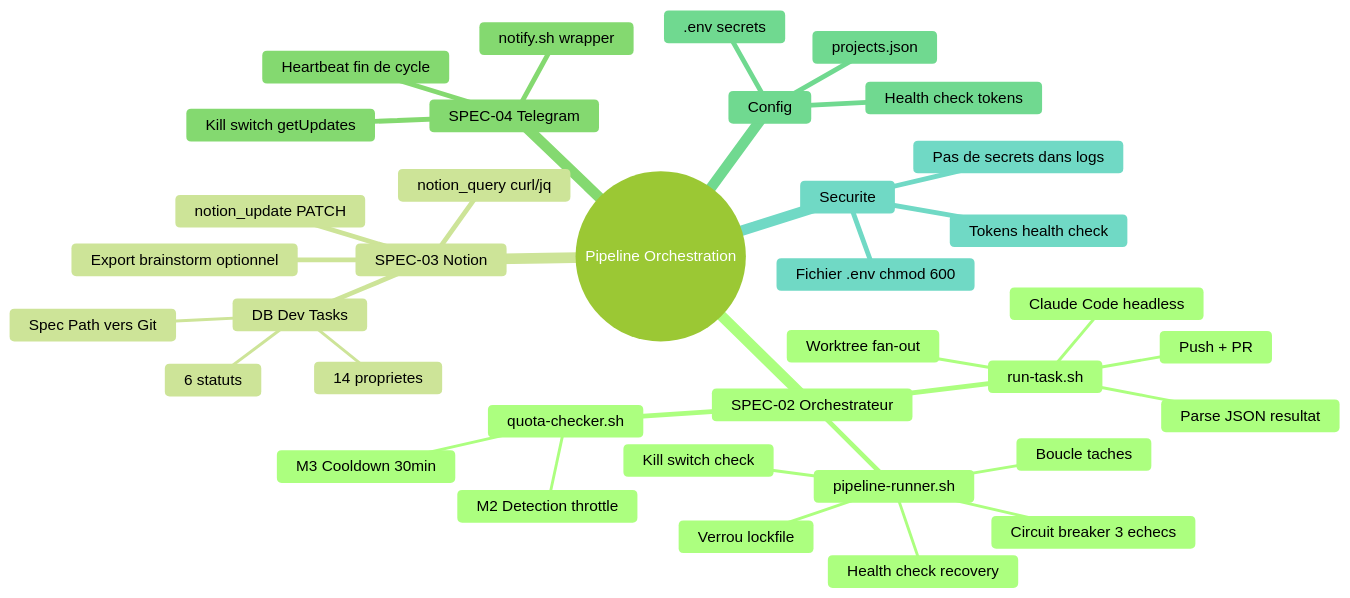
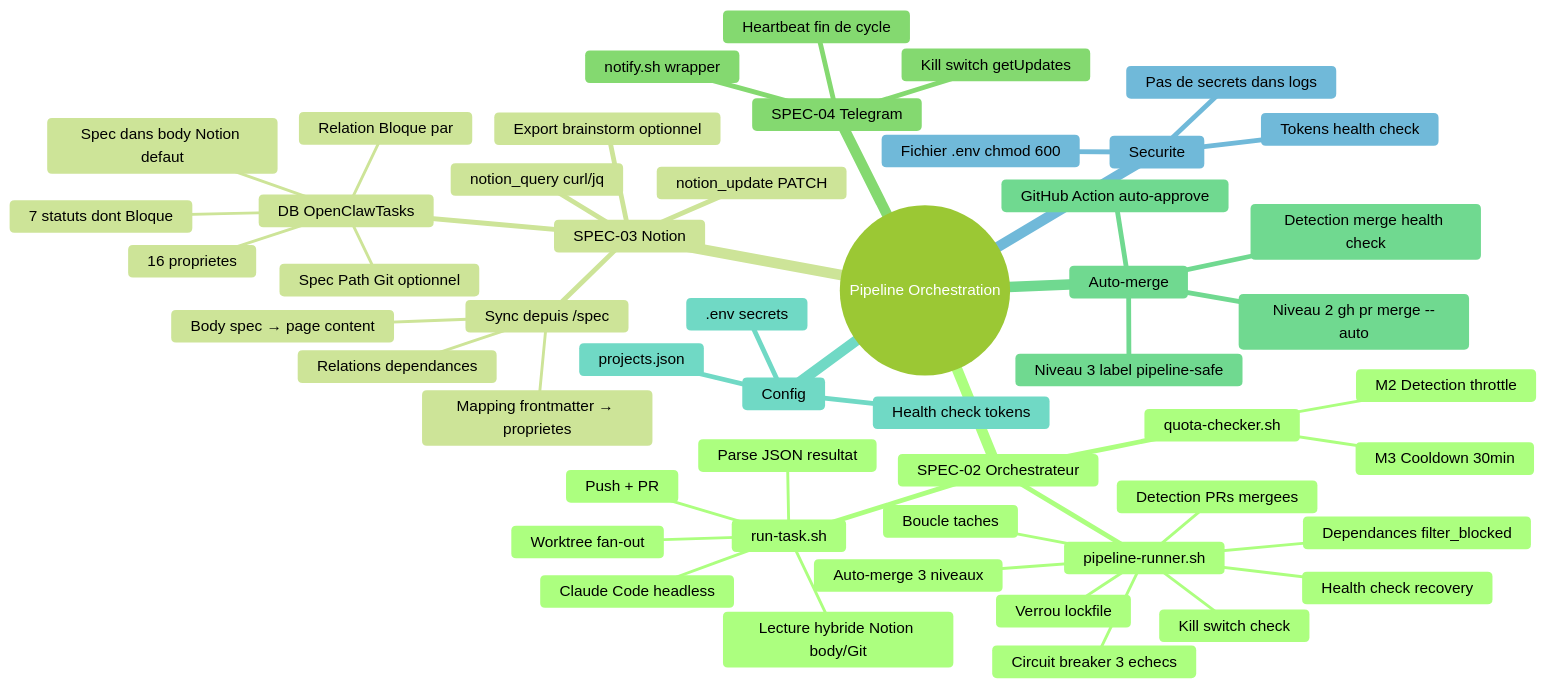
The diagram in docs/briefs/clawdbot/brief-orchestrator-pipeline-20260211.md (epci971/claude-epci), drawn with Mermaid (forest theme) before and after one commit. The commit also changed other lines of this file and 15 other files, not shown here.

````diff
--- a/docs/briefs/clawdbot/brief-orchestrator-pipeline-20260211.md
+++ b/docs/briefs/clawdbot/brief-orchestrator-pipeline-20260211.md
@@ -395,39 +573,54 @@
 ```mermaid
 mindmap
   root((Pipeline Orchestration))
     SPEC-02 Orchestrateur
       pipeline-runner.sh
         Verrou lockfile
         Kill switch check
         Health check recovery
         Boucle taches
         Circuit breaker 3 echecs
+        Dependances filter_blocked
+        Auto-merge 3 niveaux
+        Detection PRs mergees
       run-task.sh
+        Lecture hybride Notion body/Git
         Worktree fan-out
         Claude Code headless
         Parse JSON resultat
         Push + PR
       quota-checker.sh
         M2 Detection throttle
         M3 Cooldown 30min
     SPEC-03 Notion
-      DB Dev Tasks
-        14 proprietes
-        Spec Path vers Git
-        6 statuts
+      DB OpenClawTasks
+        16 proprietes
+        Spec dans body Notion defaut
+        Spec Path Git optionnel
+        Relation Bloque par
+        7 statuts dont Bloque
       notion_query curl/jq
       notion_update PATCH
       Export brainstorm optionnel
+      Sync depuis /spec
+        Mapping frontmatter → proprietes
+        Body spec → page content
+        Relations dependances
     SPEC-04 Telegram
       notify.sh wrapper
       Kill switch getUpdates
       Heartbeat fin de cycle
+    Auto-merge
+      Niveau 2 gh pr merge --auto
+      Niveau 3 label pipeline-safe
+      GitHub Action auto-approve
+      Detection merge health check
     Config
       projects.json
       .env secrets
       Health check tokens
     Securite
       Fichier .env chmod 600
       Tokens health check
       Pas de secrets dans logs
 ```
````
